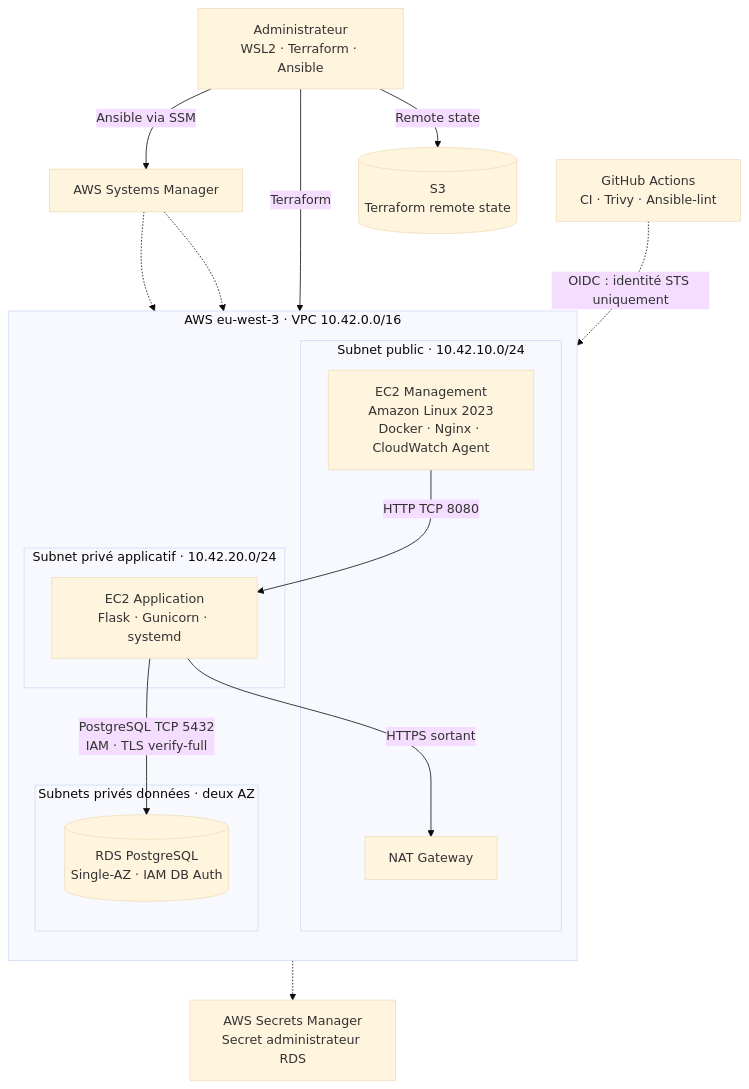
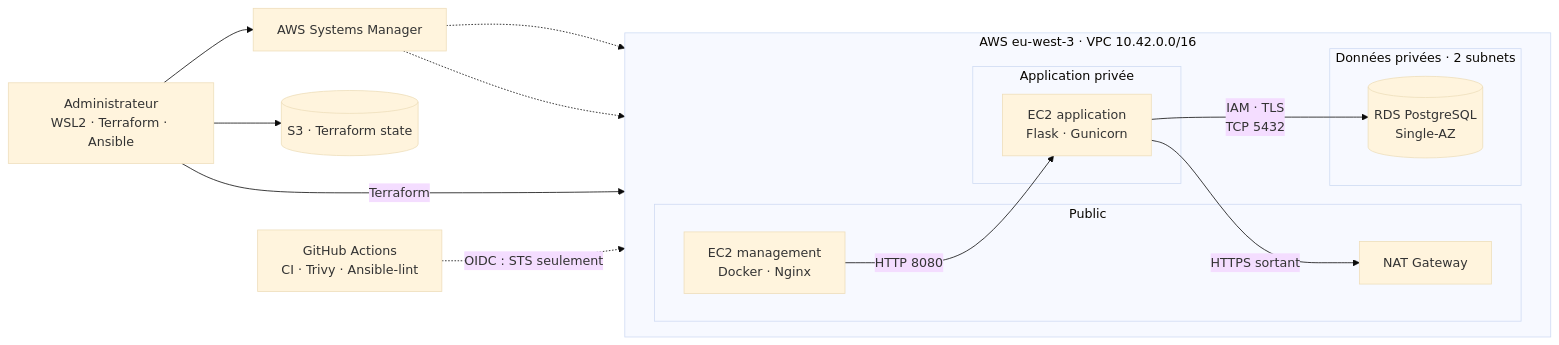
The diagram in README.md (samichapelle/ironhaven-aws-infrastructure), drawn with Mermaid (base theme) before and after one commit. The commit also changed other lines of this file, not shown here.

Commit message:
docs: improve architecture diagram and evidence gallery

````diff
--- a/README.md
+++ b/README.md
@@ -17,33 +17,31 @@
 ```mermaid
-flowchart TB
-    Operator["Administrateur<br/>WSL2 · Terraform · Ansible"]
-    GitHub["GitHub Actions<br/>CI · Trivy · Ansible-lint"]
+flowchart LR
+    OPS["Administrateur<br/>WSL2 · Terraform · Ansible"]
+    CI["GitHub Actions<br/>CI · Trivy · Ansible-lint"]
+    STATE[("S3 · Terraform state")]
     SSM["AWS Systems Manager"]
-    S3State[("S3<br/>Terraform remote state")]
-    Secrets["AWS Secrets Manager<br/>Secret administrateur RDS"]
 
-    subgraph AWS["AWS eu-west-3 · VPC 10.42.0.0/16"]
-        direction TB
-        subgraph Public["Subnet public · 10.42.10.0/24"]
-            MGMT["EC2 Management<br/>Amazon Linux 2023<br/>Docker · Nginx · CloudWatch Agent"]
+    subgraph VPC["AWS eu-west-3 · VPC 10.42.0.0/16"]
+        direction LR
+        subgraph PUBLIC["Public"]
+            MGMT["EC2 management<br/>Docker · Nginx"]
             NAT["NAT Gateway"]
         end
-        subgraph Application["Subnet privé applicatif · 10.42.20.0/24"]
-            APP["EC2 Application<br/>Flask · Gunicorn · systemd"]
+        subgraph PRIVATE["Application privée"]
+            APP["EC2 application<br/>Flask · Gunicorn"]
         end
-        subgraph Data["Subnets privés données · deux AZ"]
-            RDS[("RDS PostgreSQL<br/>Single-AZ · IAM DB Auth")]
+        subgraph DATA["Données privées · 2 subnets"]
+            DB[("RDS PostgreSQL<br/>Single-AZ")]
         end
+        MGMT -->|"HTTP 8080"| APP
+        APP -->|"IAM · TLS<br/>TCP 5432"| DB
+        APP -->|"HTTPS sortant"| NAT
     end
 
-    Operator -->|"Terraform"| AWS
-    Operator -->|"Remote state"| S3State
-    Operator -->|"Ansible via SSM"| SSM
+    OPS -->|"Terraform"| VPC
+    OPS --> STATE
+    OPS --> SSM
     SSM -.-> MGMT
     SSM -.-> APP
-    MGMT -->|"HTTP TCP 8080"| APP
-    APP -->|"PostgreSQL TCP 5432<br/>IAM · TLS verify-full"| RDS
-    APP -->|"HTTPS sortant"| NAT
-    RDS -.-> Secrets
-    GitHub -.->|"OIDC : identité STS uniquement"| AWS
+    CI -.->|"OIDC : STS seulement"| VPC
 ```
````
